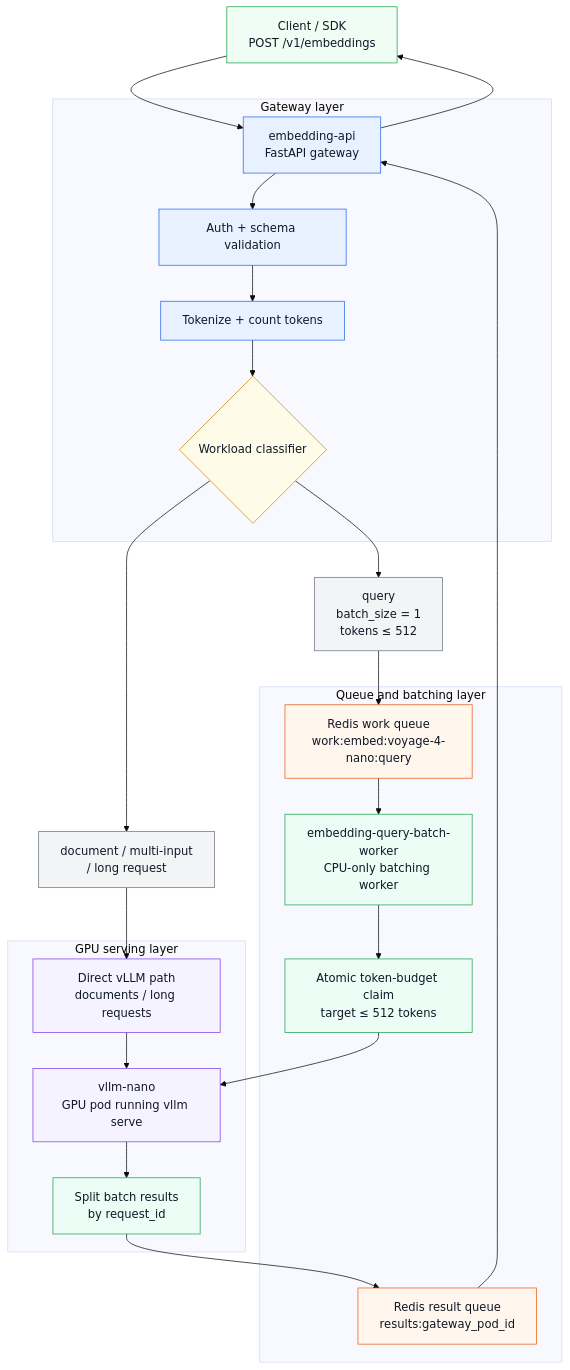
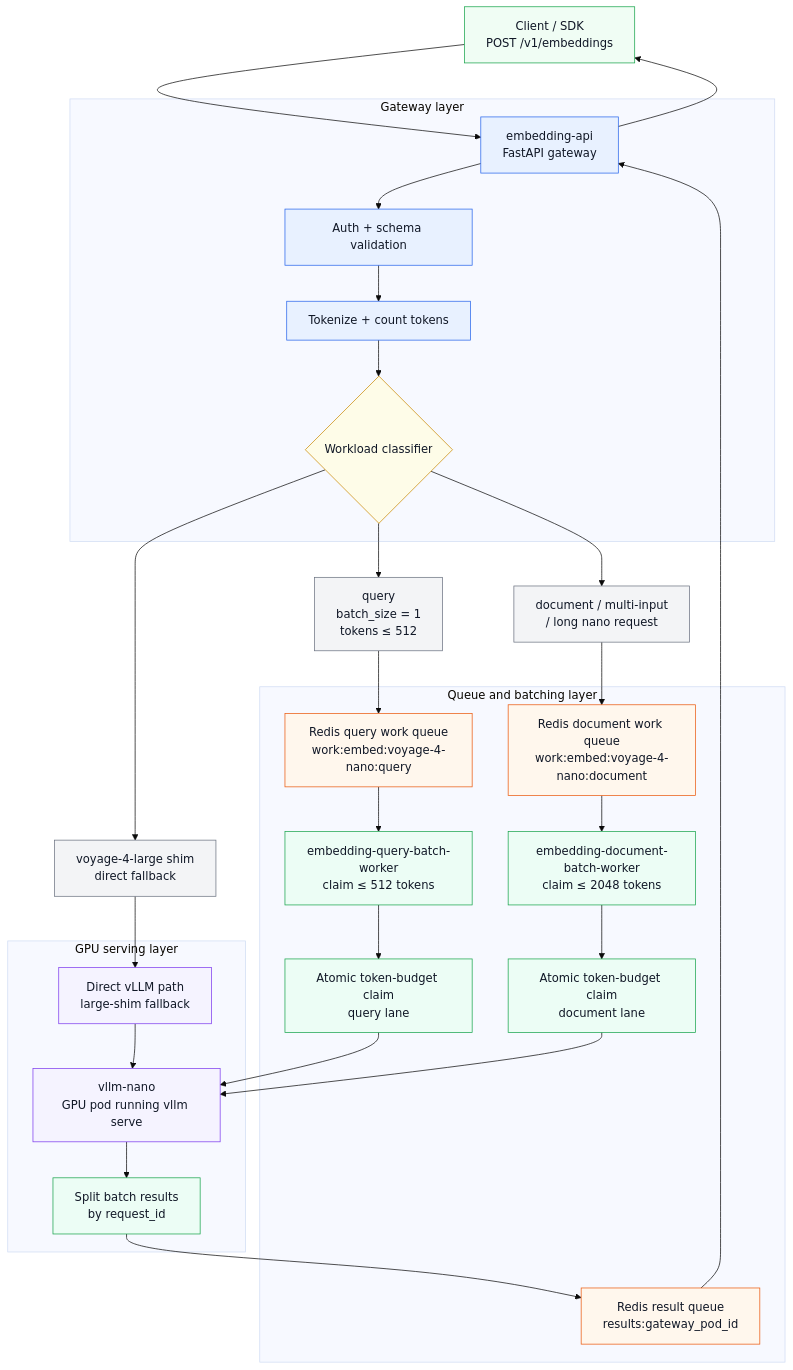
Before and after one commit to yuanbenson/voyageAI-embedding-replica: the first of 3 diagrams in README.md, drawn with Mermaid (base theme). The commit also changed other lines of this file and 15 other files, not shown here.

Commit message:
Phase 3B: Support documents on Redis queue as well

````diff
--- a/README.md
+++ b/README.md
@@ -55,55 +57,57 @@
 ```mermaid
 flowchart TB
     client["Client / SDK<br/>POST /v1/embeddings"]
 
     subgraph gatewayLayer["Gateway layer"]
         gateway["embedding-api<br/>FastAPI gateway"]
         auth["Auth + schema validation"]
         tokenize["Tokenize + count tokens"]
         classify{"Workload classifier"}
     end
 
     subgraph queueLayer["Queue and batching layer"]
-        redisWork["Redis work queue<br/>work:embed:voyage-4-nano:query"]
-        worker["embedding-query-batch-worker<br/>CPU-only batching worker"]
-        claim["Atomic token-budget claim<br/>target ≤ 512 tokens"]
+        queryWork["Redis query work queue<br/>work:embed:voyage-4-nano:query"]
+        documentWork["Redis document work queue<br/>work:embed:voyage-4-nano:document"]
+        queryWorker["embedding-query-batch-worker<br/>claim ≤ 512 tokens"]
+        documentWorker["embedding-document-batch-worker<br/>claim ≤ 2048 tokens"]
+        queryClaim["Atomic token-budget claim<br/>query lane"]
+        documentClaim["Atomic token-budget claim<br/>document lane"]
         redisResults["Redis result queue<br/>results:gateway_pod_id"]
     end
 
     subgraph gpuLayer["GPU serving layer"]
-        direct["Direct vLLM path<br/>documents / long requests"]
+        direct["Direct vLLM path<br/>large-shim fallback"]
         vllm["vllm-nano<br/>GPU pod running vllm serve"]
         split["Split batch results<br/>by request_id"]
     end
 
     queryRoute["query<br/>batch_size = 1<br/>tokens ≤ 512"]
-    directRoute["document / multi-input<br/>/ long request"]
+    documentRoute["document / multi-input<br/>/ long nano request"]
+    directRoute["voyage-4-large shim<br/>direct fallback"]
 
     client --> gateway
     gateway --> auth --> tokenize --> classify
 
-    classify --> queryRoute --> redisWork
-    classify --> directRoute --> direct
-
-    redisWork --> worker --> claim --> vllm
-    direct --> vllm
+    classify --> queryRoute --> queryWork --> queryWorker --> queryClaim --> vllm
+    classify --> documentRoute --> documentWork --> documentWorker --> documentClaim --> vllm
+    classify --> directRoute --> direct --> vllm
 
     vllm --> split --> redisResults --> gateway
     gateway --> client
 
     classDef gateway fill:#e8f1ff,stroke:#2563eb,stroke-width:1px,color:#111827;
     classDef redis fill:#fff7ed,stroke:#ea580c,stroke-width:1px,color:#111827;
     classDef worker fill:#ecfdf5,stroke:#16a34a,stroke-width:1px,color:#111827;
     classDef gpu fill:#f5f3ff,stroke:#7c3aed,stroke-width:1px,color:#111827;
     classDef decision fill:#fefce8,stroke:#ca8a04,stroke-width:1px,color:#111827;
     classDef route fill:#f3f4f6,stroke:#6b7280,stroke-width:1px,color:#111827;
     classDef client fill:#f0fdf4,stroke:#16a34a,stroke-width:1px,color:#111827;
 
     class gateway,auth,tokenize gateway;
-    class redisWork,redisResults redis;
-    class worker,claim,split worker;
+    class queryWork,documentWork,redisResults redis;
+    class queryWorker,documentWorker,queryClaim,documentClaim,split worker;
     class direct,vllm gpu;
     class classify decision;
-    class queryRoute,directRoute route;
+    class queryRoute,documentRoute,directRoute route;
     class client client;
 ```
````
